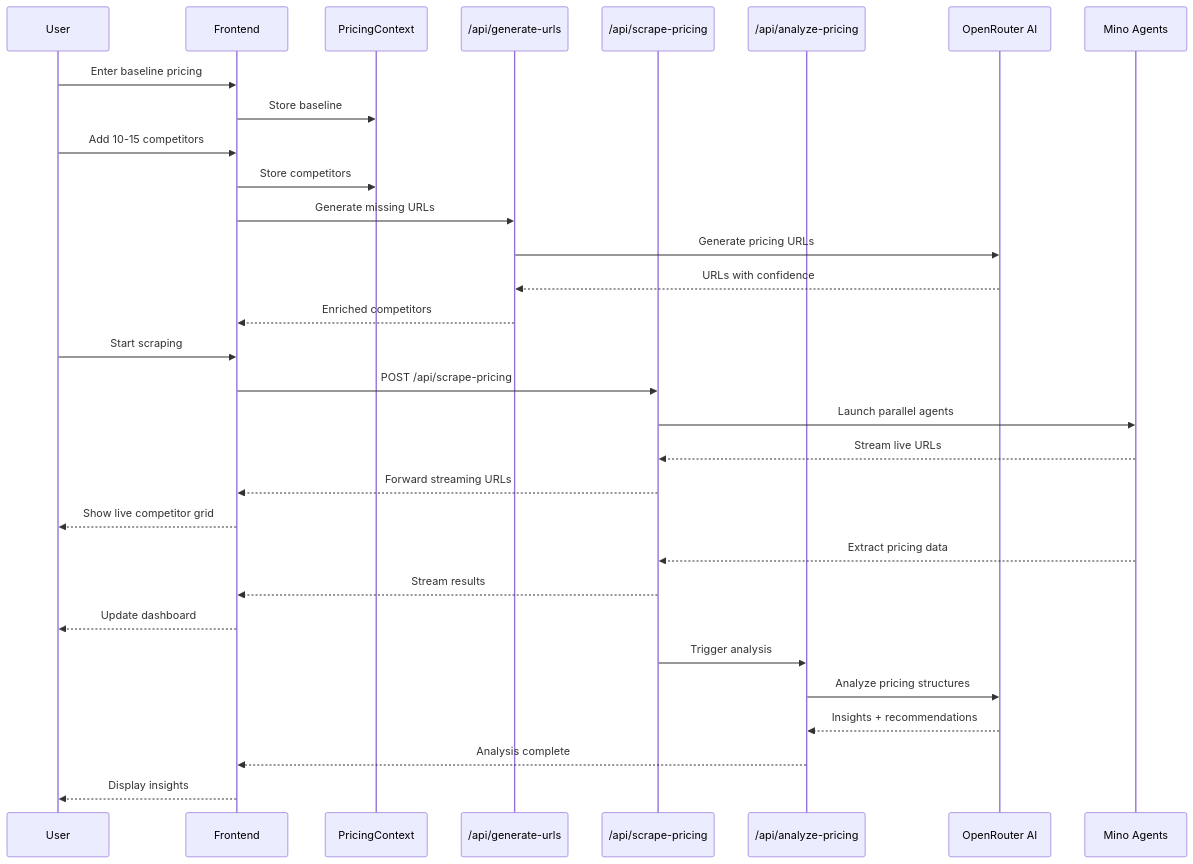
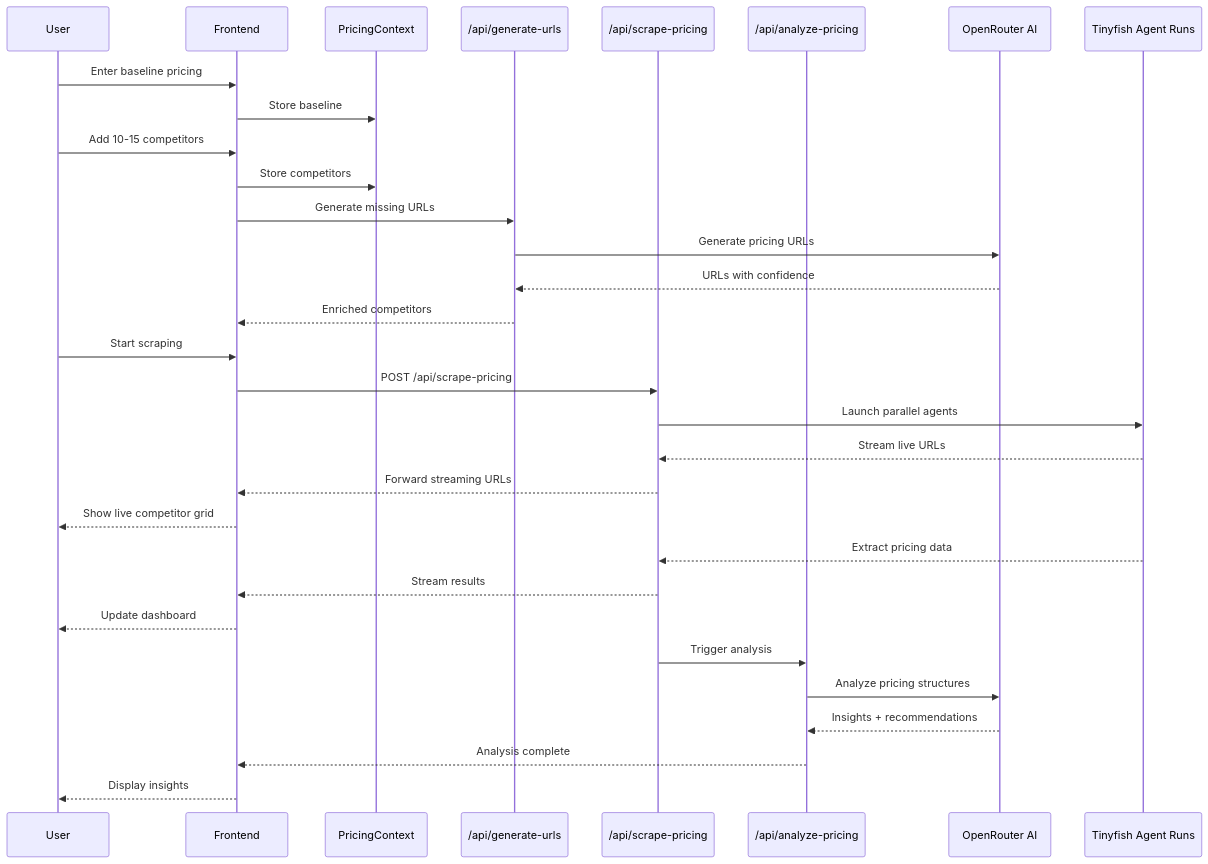
The second of 3 diagrams in competitor-analysis/README.md (tinyfish-io/TinyFish-cookbook), drawn with Mermaid before and after one commit. The commit also changed other lines of this file and 11 other files, not shown here.

Commit message:
competitor-analysis-sdk-migration and change all references to Mino into Tinyfish agent

````diff
--- a/competitor-analysis/README.md
+++ b/competitor-analysis/README.md
@@ -113,33 +113,33 @@
 ```mermaid
 sequenceDiagram
     participant U as User
     participant FE as Frontend
     participant Ctx as PricingContext
     participant API1 as /api/generate-urls
     participant API2 as /api/scrape-pricing
     participant API3 as /api/analyze-pricing
     participant AI as OpenRouter AI
-    participant M as Mino Agents
+    participant M as Tinyfish Agent Runs
     U->>FE: Enter baseline pricing
     FE->>Ctx: Store baseline
     U->>FE: Add 10-15 competitors
     FE->>Ctx: Store competitors
     FE->>API1: Generate missing URLs
     API1->>AI: Generate pricing URLs
     AI-->>API1: URLs with confidence
     API1-->>FE: Enriched competitors
     U->>FE: Start scraping
     FE->>API2: POST /api/scrape-pricing
     API2->>M: Launch parallel agents
     M-->>API2: Stream live URLs
     API2-->>FE: Forward streaming URLs
     FE-->>U: Show live competitor grid
     M-->>API2: Extract pricing data
     API2-->>FE: Stream results
     FE-->>U: Update dashboard
     API2->>API3: Trigger analysis
     API3->>AI: Analyze pricing structures
     AI-->>API3: Insights + recommendations
     API3-->>FE: Analysis complete
     FE-->>U: Display insights
 ```
````
